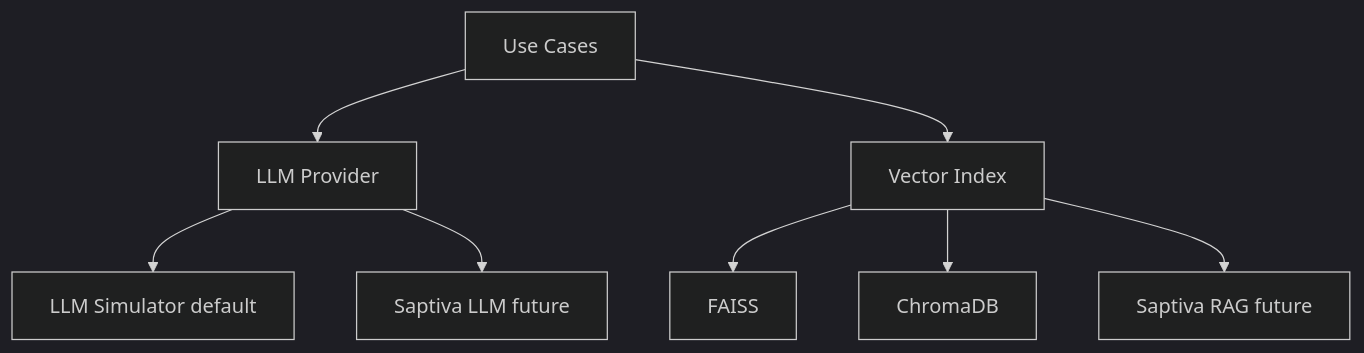
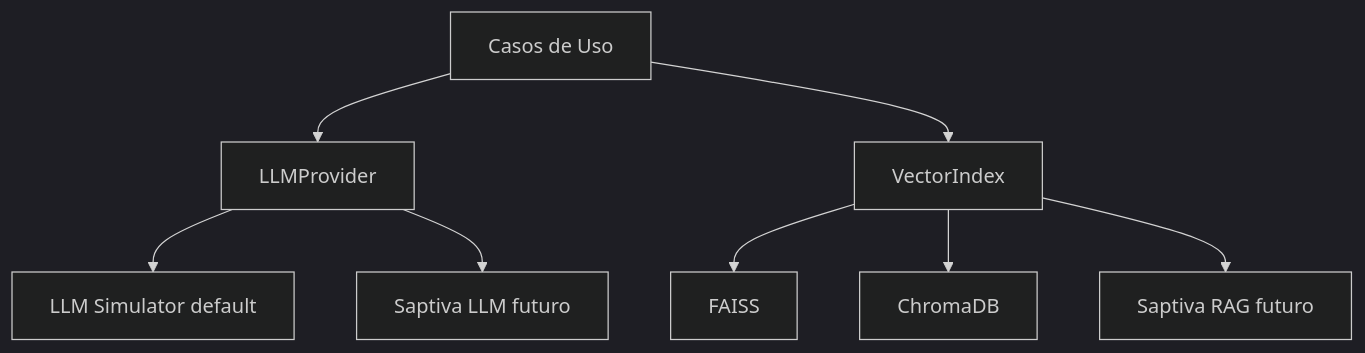
Before and after one commit to JazzzFM/SaptivaTekChallenge: the second of 2 diagrams in README.md, drawn with Mermaid (dark theme). The commit also changed other lines of this file and 23 other files, not shown here.

````diff
--- a/README.md
+++ b/README.md
@@ -153,10 +163,10 @@
 ```mermaid
 flowchart TD
-  UC[Use Cases] --> LLMProv[LLM Provider];
-  UC --> VIdx[Vector Index];
-  LLMProv --> Sim[LLM Simulator default];
-  LLMProv --> SapLLM[Saptiva LLM future];
-  VIdx --> F[FAISS];
-  VIdx --> C[ChromaDB];
-  VIdx --> SapRAG[Saptiva RAG future];
+    UC[Casos de Uso] --> LLMProvider
+    UC --> VectorIndex
+    LLMProvider --> Sim[LLM Simulator default]
+    LLMProvider --> SaptivaLLM[Saptiva LLM futuro]
+    VectorIndex --> FAISS[FAISS]
+    VectorIndex --> Chroma[ChromaDB]
+    VectorIndex --> SaptivaRAG[Saptiva RAG futuro]
 ```
````
